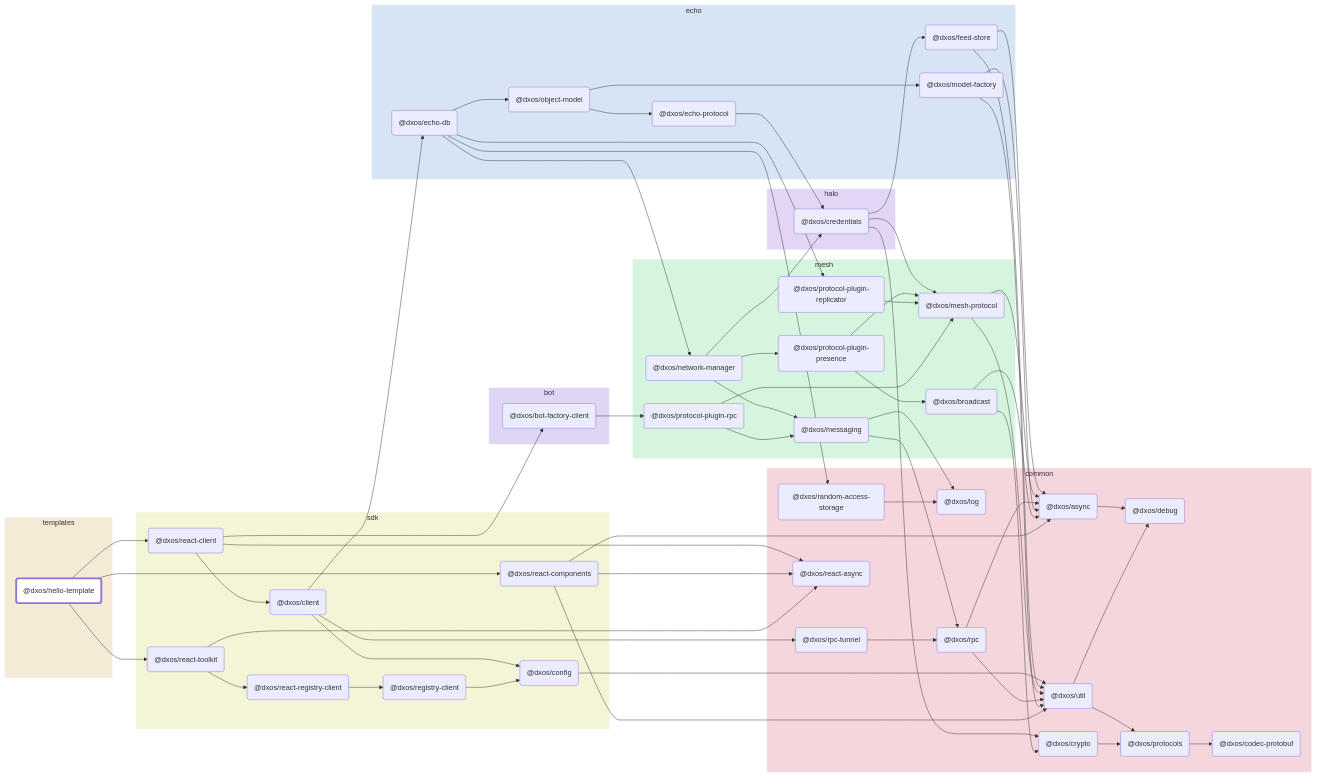
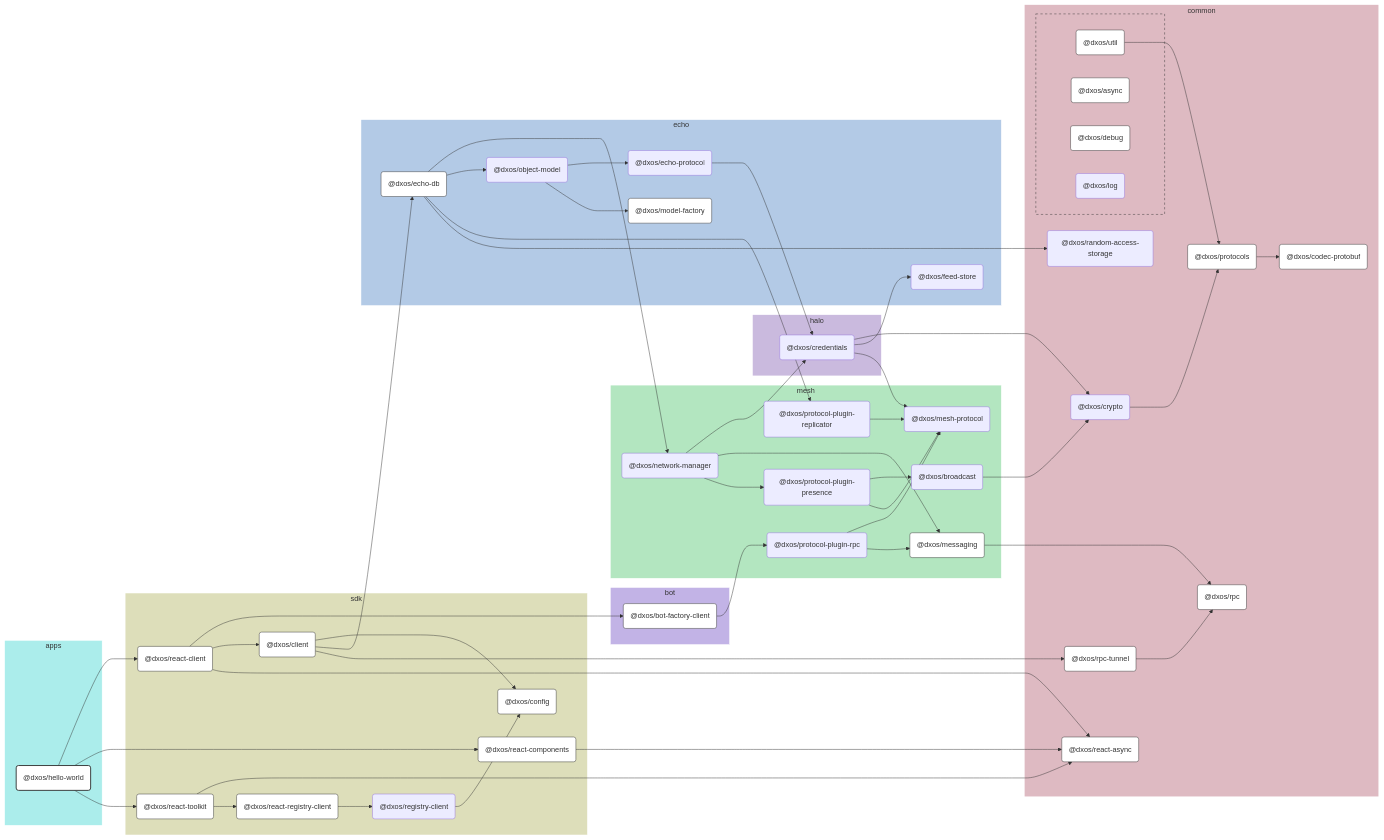
Before and after one commit to dxos/dxos: the diagram in apps/hello-world/docs/README.md, drawn with Mermaid. The commit also changed other lines of this file and 100 other files, not shown here.

````diff
--- a/apps/hello-world/docs/README.md
+++ b/apps/hello-world/docs/README.md
@@ -7,141 +7,167 @@
 ```mermaid
-flowchart LR;
+%%{ init: {'flowchart':{'curve':'basis'}} }%%
 
-style dxos/hello-template fill:#fff,stroke-width:4px;
+flowchart LR
 
-click dxos/client "https:/github.com/dxos/dxos/tree/main/packages/sdk/client/docs";
-click dxos/async "https:/github.com/dxos/dxos/tree/main/packages/common/async/docs";
-click dxos/codec-protobuf "https:/github.com/dxos/dxos/tree/main/packages/common/codec-protobuf/docs";
-click dxos/config "https:/github.com/dxos/dxos/tree/main/packages/sdk/config/docs";
-click dxos/debug "https:/github.com/dxos/dxos/tree/main/packages/common/debug/docs";
-click dxos/echo-db "https:/github.com/dxos/dxos/tree/main/packages/echo/echo-db/docs";
-click dxos/model-factory "https:/github.com/dxos/dxos/tree/main/packages/echo/model-factory/docs";
-click dxos/protocols "https:/github.com/dxos/dxos/tree/main/packages/common/protocols/docs";
-click dxos/rpc "https:/github.com/dxos/dxos/tree/main/packages/common/rpc/docs";
-click dxos/rpc-tunnel "https:/github.com/dxos/dxos/tree/main/packages/common/rpc-tunnel/docs";
-click dxos/messaging "https:/github.com/dxos/dxos/tree/main/packages/mesh/messaging/docs";
-click dxos/util "https:/github.com/dxos/dxos/tree/main/packages/common/util/docs";
-click dxos/react-client "https:/github.com/dxos/dxos/tree/main/packages/sdk/react-client/docs";
-click dxos/bot-factory-client "https:/github.com/dxos/dxos/tree/main/packages/bot/bot-factory-client/docs";
-click dxos/react-async "https:/github.com/dxos/dxos/tree/main/packages/common/react-async/docs";
-click dxos/react-components "https:/github.com/dxos/dxos/tree/main/packages/sdk/react-components/docs";
-click dxos/react-toolkit "https:/github.com/dxos/dxos/tree/main/packages/sdk/react-toolkit/docs";
-click dxos/react-registry-client "https:/github.com/dxos/dxos/tree/main/packages/sdk/react-registry-client/docs";
+%% Links
+dxos/bot-factory-client --> dxos/protocol-plugin-rpc;
+dxos/broadcast --> dxos/crypto;
+dxos/client --> dxos/config;
+dxos/client --> dxos/echo-db;
+dxos/client --> dxos/rpc-tunnel;
+dxos/credentials --> dxos/crypto;
+dxos/credentials --> dxos/feed-store;
+dxos/credentials --> dxos/mesh-protocol;
+dxos/crypto --> dxos/protocols;
+dxos/echo-db --> dxos/network-manager;
+dxos/echo-db --> dxos/object-model;
+dxos/echo-db --> dxos/protocol-plugin-replicator;
+dxos/echo-db --> dxos/random-access-storage;
+dxos/echo-protocol --> dxos/credentials;
+dxos/hello-world --> dxos/react-client;
+dxos/hello-world --> dxos/react-components;
+dxos/hello-world --> dxos/react-toolkit;
+dxos/messaging --> dxos/rpc;
+dxos/network-manager --> dxos/credentials;
+dxos/network-manager --> dxos/messaging;
+dxos/network-manager --> dxos/protocol-plugin-presence;
+dxos/object-model --> dxos/echo-protocol;
+dxos/object-model --> dxos/model-factory;
+dxos/protocol-plugin-presence --> dxos/broadcast;
+dxos/protocol-plugin-presence --> dxos/mesh-protocol;
+dxos/protocol-plugin-replicator --> dxos/mesh-protocol;
+dxos/protocol-plugin-rpc --> dxos/mesh-protocol;
+dxos/protocol-plugin-rpc --> dxos/messaging;
+dxos/protocols --> dxos/codec-protobuf;
+dxos/react-client --> dxos/bot-factory-client;
+dxos/react-client --> dxos/client;
+dxos/react-client --> dxos/react-async;
+dxos/react-components --> dxos/react-async;
+dxos/react-registry-client --> dxos/registry-client;
+dxos/react-toolkit --> dxos/react-async;
+dxos/react-toolkit --> dxos/react-registry-client;
+dxos/registry-client --> dxos/config;
+dxos/rpc-tunnel --> dxos/rpc;
+dxos/util --> dxos/protocols;
 
-subgraph templates
-  style templates fill:#f5ead6,stroke:#fff;
-  dxos/hello-template("@dxos/hello-template");
+%% Sections
+subgraph apps
+  style apps fill:#abedeb,stroke:#fff;
+
+  dxos/hello-world("@dxos/hello-world")
 end
 
 subgraph sdk
-  style sdk fill:#f4f5d6,stroke:#fff;
-  dxos/client("@dxos/client");
-  dxos/config("@dxos/config");
-  dxos/react-client("@dxos/react-client");
-  dxos/react-components("@dxos/react-components");
-  dxos/react-toolkit("@dxos/react-toolkit");
-  dxos/react-registry-client("@dxos/react-registry-client");
-  dxos/registry-client("@dxos/registry-client");
+  style sdk fill:#dddeba,stroke:#fff;
+
+  dxos/client("@dxos/client")
+  dxos/config("@dxos/config")
+  dxos/react-client("@dxos/react-client")
+  dxos/react-components("@dxos/react-components")
+  dxos/react-registry-client("@dxos/react-registry-client")
+  dxos/react-toolkit("@dxos/react-toolkit")
+  dxos/registry-client("@dxos/registry-client")
 end
 
 subgraph common
-  style common fill:#f5d6dd,stroke:#fff;
-  dxos/async("@dxos/async");
-  dxos/debug("@dxos/debug");
-  dxos/codec-protobuf("@dxos/codec-protobuf");
-  dxos/protocols("@dxos/protocols");
-  dxos/util("@dxos/util");
-  dxos/log("@dxos/log");
-  dxos/crypto("@dxos/crypto");
-  dxos/rpc("@dxos/rpc");
-  dxos/random-access-storage("@dxos/random-access-storage");
-  dxos/rpc-tunnel("@dxos/rpc-tunnel");
-  dxos/react-async("@dxos/react-async");
+  style common fill:#debac2,stroke:#fff;
+
+  dxos/codec-protobuf("@dxos/codec-protobuf")
+  dxos/crypto("@dxos/crypto")
+  dxos/protocols("@dxos/protocols")
+  dxos/random-access-storage("@dxos/random-access-storage")
+  dxos/react-async("@dxos/react-async")
+  dxos/rpc("@dxos/rpc")
+  dxos/rpc-tunnel("@dxos/rpc-tunnel")
+
+  subgraph common-excluded [ ]
+    style common-excluded fill:#debac2,stroke:#333,stroke-dasharray:5 5;
+
+    dxos/async("@dxos/async")
+    dxos/debug("@dxos/debug")
+    dxos/log("@dxos/log")
+    dxos/util("@dxos/util")
+  end
 end
 
 subgraph echo
-  style echo fill:#d6e4f5,stroke:#fff;
-  dxos/echo-db("@dxos/echo-db");
-  dxos/feed-store("@dxos/feed-store");
-  dxos/echo-protocol("@dxos/echo-protocol");
-  dxos/model-factory("@dxos/model-factory");
-  dxos/object-model("@dxos/object-model");
+  style echo fill:#b3cae6,stroke:#fff;
+
+  dxos/echo-db("@dxos/echo-db")
+  dxos/echo-protocol("@dxos/echo-protocol")
+  dxos/feed-store("@dxos/feed-store")
+  dxos/model-factory("@dxos/model-factory")
+  dxos/object-model("@dxos/object-model")
 end
 
 subgraph halo
-  style halo fill:#e3d6f5,stroke:#fff;
-  dxos/credentials("@dxos/credentials");
+  style halo fill:#cabade,stroke:#fff;
+
+  dxos/credentials("@dxos/credentials")
 end
 
 subgraph mesh
-  style mesh fill:#d6f5de,stroke:#fff;
-  dxos/mesh-protocol("@dxos/mesh-protocol");
-  dxos/messaging("@dxos/messaging");
-  dxos/network-manager("@dxos/network-manager");
-  dxos/protocol-plugin-presence("@dxos/protocol-plugin-presence");
-  dxos/broadcast("@dxos/broadcast");
-  dxos/protocol-plugin-replicator("@dxos/protocol-plugin-replicator");
-  dxos/protocol-plugin-rpc("@dxos/protocol-plugin-rpc");
+  style mesh fill:#b3e6c0,stroke:#fff;
+
+  dxos/broadcast("@dxos/broadcast")
+  dxos/mesh-protocol("@dxos/mesh-protocol")
+  dxos/messaging("@dxos/messaging")
+  dxos/network-manager("@dxos/network-manager")
+  dxos/protocol-plugin-presence("@dxos/protocol-plugin-presence")
+  dxos/protocol-plugin-replicator("@dxos/protocol-plugin-replicator")
+  dxos/protocol-plugin-rpc("@dxos/protocol-plugin-rpc")
 end
 
 subgraph bot
-  style bot fill:#dfd6f5,stroke:#fff;
-  dxos/bot-factory-client("@dxos/bot-factory-client");
+  style bot fill:#c2b3e6,stroke:#fff;
+
+  dxos/bot-factory-client("@dxos/bot-factory-client")
 end
 
-dxos/async --> dxos/debug;
-dxos/client --> dxos/config;
-dxos/protocols --> dxos/codec-protobuf;
-dxos/config --> dxos/util;
-dxos/util --> dxos/debug;
-dxos/util --> dxos/protocols;
-dxos/client --> dxos/echo-db;
-dxos/credentials --> dxos/crypto;
-dxos/crypto --> dxos/protocols;
-dxos/credentials --> dxos/feed-store;
-dxos/feed-store --> dxos/async;
-dxos/feed-store --> dxos/util;
-dxos/credentials --> dxos/mesh-protocol;
-dxos/mesh-protocol --> dxos/async;
-dxos/mesh-protocol --> dxos/util;
-dxos/echo-protocol --> dxos/credentials;
-dxos/messaging --> dxos/log;
-dxos/messaging --> dxos/rpc;
-dxos/rpc --> dxos/async;
-dxos/rpc --> dxos/util;
-dxos/model-factory --> dxos/async;
-dxos/model-factory --> dxos/util;
-dxos/echo-db --> dxos/network-manager;
-dxos/network-manager --> dxos/credentials;
-dxos/network-manager --> dxos/messaging;
-dxos/network-manager --> dxos/protocol-plugin-presence;
-dxos/protocol-plugin-presence --> dxos/broadcast;
-dxos/broadcast --> dxos/async;
-dxos/broadcast --> dxos/crypto;
-dxos/protocol-plugin-presence --> dxos/mesh-protocol;
-dxos/echo-db --> dxos/object-model;
-dxos/object-model --> dxos/echo-protocol;
-dxos/object-model --> dxos/model-factory;
-dxos/echo-db --> dxos/protocol-plugin-replicator;
-dxos/protocol-plugin-replicator --> dxos/mesh-protocol;
-dxos/echo-db --> dxos/random-access-storage;
-dxos/random-access-storage --> dxos/log;
-dxos/client --> dxos/rpc-tunnel;
-dxos/rpc-tunnel --> dxos/rpc;
-dxos/hello-template --> dxos/react-client;
-dxos/react-client --> dxos/bot-factory-client;
-dxos/bot-factory-client --> dxos/protocol-plugin-rpc;
-dxos/protocol-plugin-rpc --> dxos/messaging;
-dxos/protocol-plugin-rpc --> dxos/mesh-protocol;
-dxos/react-client --> dxos/client;
-dxos/react-client --> dxos/react-async;
-dxos/hello-template --> dxos/react-components;
-dxos/react-components --> dxos/async;
-dxos/react-components --> dxos/react-async;
-dxos/react-components --> dxos/util;
-dxos/hello-template --> dxos/react-toolkit;
-dxos/react-toolkit --> dxos/react-async;
-dxos/react-toolkit --> dxos/react-registry-client;
-dxos/react-registry-client --> dxos/registry-client;
-dxos/registry-client --> dxos/config;
+
+%% Hyperlinks
+click dxos/async href "https:/github.com/dxos/dxos/tree/main/packages/common/async/docs";
+click dxos/bot-factory-client href "https:/github.com/dxos/dxos/tree/main/packages/bot/bot-factory-client/docs";
+click dxos/client href "https:/github.com/dxos/dxos/tree/main/packages/sdk/client/docs";
+click dxos/codec-protobuf href "https:/github.com/dxos/dxos/tree/main/packages/common/codec-protobuf/docs";
+click dxos/config href "https:/github.com/dxos/dxos/tree/main/packages/sdk/config/docs";
+click dxos/debug href "https:/github.com/dxos/dxos/tree/main/packages/common/debug/docs";
+click dxos/echo-db href "https:/github.com/dxos/dxos/tree/main/packages/echo/echo-db/docs";
+click dxos/messaging href "https:/github.com/dxos/dxos/tree/main/packages/mesh/messaging/docs";
+click dxos/model-factory href "https:/github.com/dxos/dxos/tree/main/packages/echo/model-factory/docs";
+click dxos/protocols href "https:/github.com/dxos/dxos/tree/main/packages/common/protocols/docs";
+click dxos/react-async href "https:/github.com/dxos/dxos/tree/main/packages/common/react-async/docs";
+click dxos/react-client href "https:/github.com/dxos/dxos/tree/main/packages/sdk/react-client/docs";
+click dxos/react-components href "https:/github.com/dxos/dxos/tree/main/packages/sdk/react-components/docs";
+click dxos/react-registry-client href "https:/github.com/dxos/dxos/tree/main/packages/sdk/react-registry-client/docs";
+click dxos/react-toolkit href "https:/github.com/dxos/dxos/tree/main/packages/sdk/react-toolkit/docs";
+click dxos/rpc href "https:/github.com/dxos/dxos/tree/main/packages/common/rpc/docs";
+click dxos/rpc-tunnel href "https:/github.com/dxos/dxos/tree/main/packages/common/rpc-tunnel/docs";
+click dxos/util href "https:/github.com/dxos/dxos/tree/main/packages/common/util/docs";
+
+%% Styles
+classDef rootNode fill:#fff,stroke:#333,stroke-width:2px
+classDef defaultNode fill:#fff,stroke:#333,stroke-width:1px
+linkStyle default stroke:#333,stroke-width:1px
+
+dxos/hello-world:::rootNode
+
+dxos/async:::defaultNode
+dxos/bot-factory-client:::defaultNode
+dxos/client:::defaultNode
+dxos/codec-protobuf:::defaultNode
+dxos/config:::defaultNode
+dxos/debug:::defaultNode
+dxos/echo-db:::defaultNode
+dxos/messaging:::defaultNode
+dxos/model-factory:::defaultNode
+dxos/protocols:::defaultNode
+dxos/react-async:::defaultNode
+dxos/react-client:::defaultNode
+dxos/react-components:::defaultNode
+dxos/react-registry-client:::defaultNode
+dxos/react-toolkit:::defaultNode
+dxos/rpc:::defaultNode
+dxos/rpc-tunnel:::defaultNode
+dxos/util:::defaultNode
 ```
````
